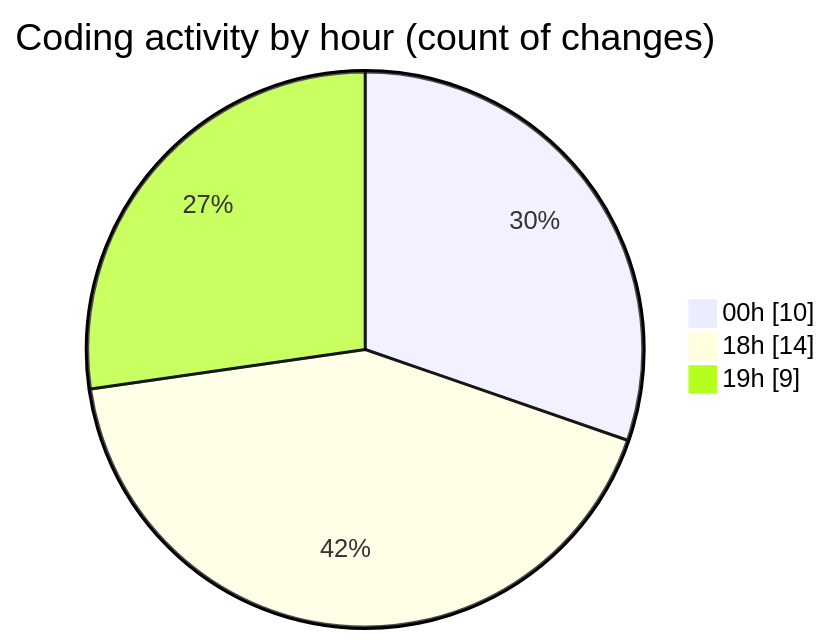
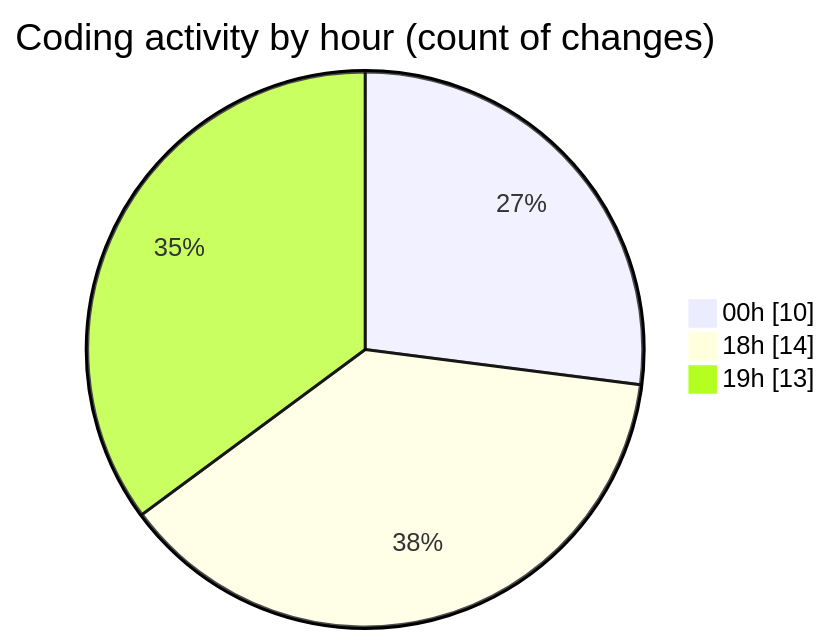
One commit to NitaiMahat/code-tracking changed the second of 2 diagrams in 2025-05-27/minisocialnetwork/README.md. Above: the diagram before and after it, drawn with Mermaid. The commit also changed other lines of this file and 1 other file, not shown here.

````diff
--- a/2025-05-27/minisocialnetwork/README.md
+++ b/2025-05-27/minisocialnetwork/README.md
@@ -40,7 +40,7 @@
 ```mermaid
 pie showData
 title Coding activity by hour (count of changes)
 "00h" : 10
 "18h" : 14
-"19h" : 9
+"19h" : 13
 ```
````
